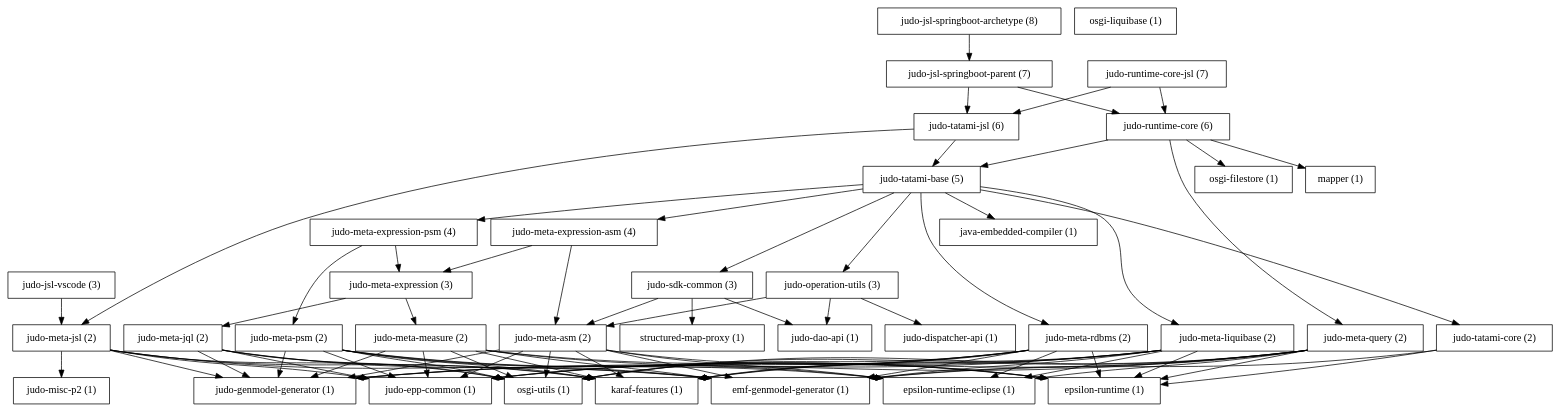
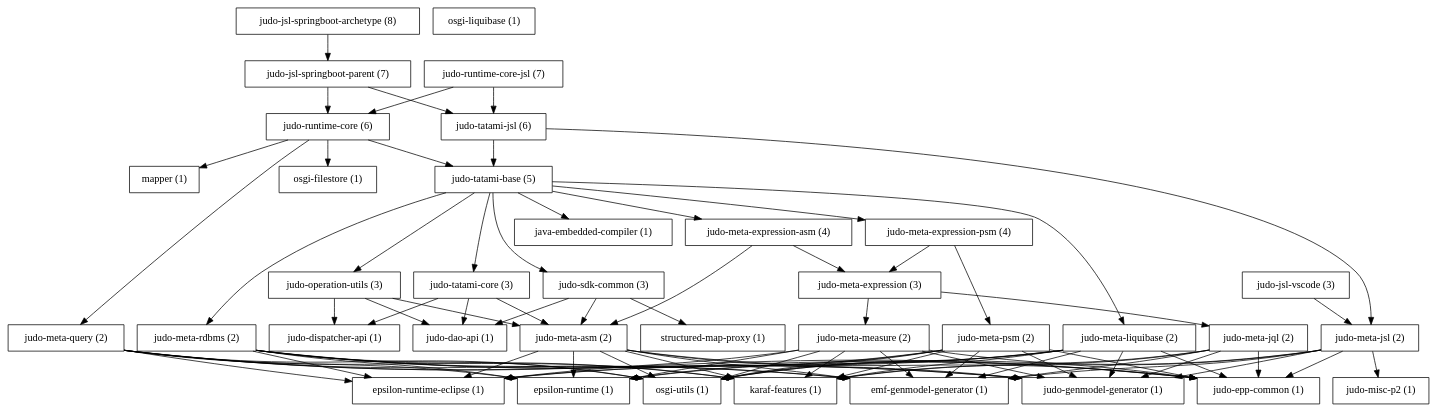
Before and after one commit to BlackBeltTechnology/judo-community: the diagram in dependency.dot, drawn with Graphviz. The commit also changed 4 other files, not shown here.

```diff
--- a/dependency.dot
+++ b/dependency.dot
@@ -1,125 +1,126 @@
 strict digraph  {
 "epsilon-runtime (1)" [label="epsilon-runtime (1)", shape=box];
 "epsilon-runtime-eclipse (1)" [label="epsilon-runtime-eclipse (1)", shape=box];
 "emf-genmodel-generator (1)" [label="emf-genmodel-generator (1)", shape=box];
 "judo-genmodel-generator (1)" [label="judo-genmodel-generator (1)", shape=box];
 "judo-epp-common (1)" [label="judo-epp-common (1)", shape=box];
 "osgi-utils (1)" [label="osgi-utils (1)", shape=box];
 "java-embedded-compiler (1)" [label="java-embedded-compiler (1)", shape=box];
 "structured-map-proxy (1)" [label="structured-map-proxy (1)", shape=box];
 "karaf-features (1)" [label="karaf-features (1)", shape=box];
 "mapper (1)" [label="mapper (1)", shape=box];
 "osgi-liquibase (1)" [label="osgi-liquibase (1)", shape=box];
 "osgi-filestore (1)" [label="osgi-filestore (1)", shape=box];
 "judo-misc-p2 (1)" [label="judo-misc-p2 (1)", shape=box];
 "judo-dao-api (1)" [label="judo-dao-api (1)", shape=box];
 "judo-dispatcher-api (1)" [label="judo-dispatcher-api (1)", shape=box];
 "judo-jsl-vscode (3)" [label="judo-jsl-vscode (3)", shape=box];
 "judo-meta-asm (2)" [label="judo-meta-asm (2)", shape=box];
 "judo-meta-expression (3)" [label="judo-meta-expression (3)", shape=box];
 "judo-meta-expression-asm (4)" [label="judo-meta-expression-asm (4)", shape=box];
 "judo-meta-expression-psm (4)" [label="judo-meta-expression-psm (4)", shape=box];
 "judo-meta-jql (2)" [label="judo-meta-jql (2)", shape=box];
 "judo-meta-jsl (2)" [label="judo-meta-jsl (2)", shape=box];
 "judo-meta-liquibase (2)" [label="judo-meta-liquibase (2)", shape=box];
 "judo-meta-measure (2)" [label="judo-meta-measure (2)", shape=box];
 "judo-meta-psm (2)" [label="judo-meta-psm (2)", shape=box];
 "judo-meta-query (2)" [label="judo-meta-query (2)", shape=box];
 "judo-meta-rdbms (2)" [label="judo-meta-rdbms (2)", shape=box];
 "judo-operation-utils (3)" [label="judo-operation-utils (3)", shape=box];
 "judo-runtime-core (6)" [label="judo-runtime-core (6)", shape=box];
 "judo-runtime-core-jsl (7)" [label="judo-runtime-core-jsl (7)", shape=box];
 "judo-sdk-common (3)" [label="judo-sdk-common (3)", shape=box];
 "judo-tatami-base (5)" [label="judo-tatami-base (5)", shape=box];
-"judo-tatami-core (2)" [label="judo-tatami-core (2)", shape=box];
+"judo-tatami-core (3)" [label="judo-tatami-core (3)", shape=box];
 "judo-tatami-jsl (6)" [label="judo-tatami-jsl (6)", shape=box];
 "judo-jsl-springboot-parent (7)" [label="judo-jsl-springboot-parent (7)", shape=box];
 "judo-jsl-springboot-archetype (8)" [label="judo-jsl-springboot-archetype (8)", shape=box];
 "judo-jsl-vscode (3)" -> "judo-meta-jsl (2)";
 "judo-meta-asm (2)" -> "emf-genmodel-generator (1)";
 "judo-meta-asm (2)" -> "karaf-features (1)";
+"judo-meta-asm (2)" -> "osgi-utils (1)";
 "judo-meta-asm (2)" -> "judo-genmodel-generator (1)";
-"judo-meta-asm (2)" -> "osgi-utils (1)";
 "judo-meta-asm (2)" -> "epsilon-runtime (1)";
 "judo-meta-asm (2)" -> "judo-epp-common (1)";
 "judo-meta-asm (2)" -> "epsilon-runtime-eclipse (1)";
 "judo-meta-expression (3)" -> "judo-meta-measure (2)";
 "judo-meta-expression (3)" -> "judo-meta-jql (2)";
 "judo-meta-expression-asm (4)" -> "judo-meta-expression (3)";
 "judo-meta-expression-asm (4)" -> "judo-meta-asm (2)";
 "judo-meta-expression-psm (4)" -> "judo-meta-psm (2)";
 "judo-meta-expression-psm (4)" -> "judo-meta-expression (3)";
 "judo-meta-jql (2)" -> "emf-genmodel-generator (1)";
 "judo-meta-jql (2)" -> "karaf-features (1)";
 "judo-meta-jql (2)" -> "judo-genmodel-generator (1)";
 "judo-meta-jql (2)" -> "judo-epp-common (1)";
 "judo-meta-jql (2)" -> "osgi-utils (1)";
 "judo-meta-jsl (2)" -> "emf-genmodel-generator (1)";
 "judo-meta-jsl (2)" -> "karaf-features (1)";
 "judo-meta-jsl (2)" -> "judo-misc-p2 (1)";
 "judo-meta-jsl (2)" -> "judo-genmodel-generator (1)";
 "judo-meta-jsl (2)" -> "judo-epp-common (1)";
 "judo-meta-jsl (2)" -> "osgi-utils (1)";
 "judo-meta-liquibase (2)" -> "emf-genmodel-generator (1)";
 "judo-meta-liquibase (2)" -> "karaf-features (1)";
+"judo-meta-liquibase (2)" -> "osgi-utils (1)";
 "judo-meta-liquibase (2)" -> "judo-genmodel-generator (1)";
-"judo-meta-liquibase (2)" -> "osgi-utils (1)";
 "judo-meta-liquibase (2)" -> "epsilon-runtime (1)";
 "judo-meta-liquibase (2)" -> "judo-epp-common (1)";
 "judo-meta-liquibase (2)" -> "epsilon-runtime-eclipse (1)";
 "judo-meta-measure (2)" -> "emf-genmodel-generator (1)";
 "judo-meta-measure (2)" -> "karaf-features (1)";
+"judo-meta-measure (2)" -> "osgi-utils (1)";
 "judo-meta-measure (2)" -> "judo-genmodel-generator (1)";
-"judo-meta-measure (2)" -> "osgi-utils (1)";
 "judo-meta-measure (2)" -> "epsilon-runtime (1)";
 "judo-meta-measure (2)" -> "judo-epp-common (1)";
 "judo-meta-measure (2)" -> "epsilon-runtime-eclipse (1)";
 "judo-meta-psm (2)" -> "emf-genmodel-generator (1)";
 "judo-meta-psm (2)" -> "karaf-features (1)";
+"judo-meta-psm (2)" -> "osgi-utils (1)";
 "judo-meta-psm (2)" -> "judo-genmodel-generator (1)";
-"judo-meta-psm (2)" -> "osgi-utils (1)";
 "judo-meta-psm (2)" -> "epsilon-runtime (1)";
 "judo-meta-psm (2)" -> "judo-epp-common (1)";
 "judo-meta-psm (2)" -> "epsilon-runtime-eclipse (1)";
 "judo-meta-query (2)" -> "emf-genmodel-generator (1)";
 "judo-meta-query (2)" -> "karaf-features (1)";
+"judo-meta-query (2)" -> "osgi-utils (1)";
 "judo-meta-query (2)" -> "judo-genmodel-generator (1)";
-"judo-meta-query (2)" -> "osgi-utils (1)";
 "judo-meta-query (2)" -> "epsilon-runtime (1)";
 "judo-meta-query (2)" -> "judo-epp-common (1)";
 "judo-meta-query (2)" -> "epsilon-runtime-eclipse (1)";
 "judo-meta-rdbms (2)" -> "emf-genmodel-generator (1)";
 "judo-meta-rdbms (2)" -> "karaf-features (1)";
+"judo-meta-rdbms (2)" -> "osgi-utils (1)";
 "judo-meta-rdbms (2)" -> "judo-genmodel-generator (1)";
-"judo-meta-rdbms (2)" -> "osgi-utils (1)";
 "judo-meta-rdbms (2)" -> "epsilon-runtime (1)";
 "judo-meta-rdbms (2)" -> "judo-epp-common (1)";
 "judo-meta-rdbms (2)" -> "epsilon-runtime-eclipse (1)";
 "judo-operation-utils (3)" -> "judo-dispatcher-api (1)";
 "judo-operation-utils (3)" -> "judo-meta-asm (2)";
 "judo-operation-utils (3)" -> "judo-dao-api (1)";
 "judo-runtime-core (6)" -> "judo-tatami-base (5)";
 "judo-runtime-core (6)" -> "mapper (1)";
 "judo-runtime-core (6)" -> "judo-meta-query (2)";
 "judo-runtime-core (6)" -> "osgi-filestore (1)";
 "judo-runtime-core-jsl (7)" -> "judo-tatami-jsl (6)";
 "judo-runtime-core-jsl (7)" -> "judo-runtime-core (6)";
 "judo-sdk-common (3)" -> "judo-meta-asm (2)";
 "judo-sdk-common (3)" -> "judo-dao-api (1)";
 "judo-sdk-common (3)" -> "structured-map-proxy (1)";
 "judo-tatami-base (5)" -> "judo-meta-liquibase (2)";
-"judo-tatami-base (5)" -> "judo-tatami-core (2)";
+"judo-tatami-base (5)" -> "judo-tatami-core (3)";
 "judo-tatami-base (5)" -> "judo-meta-rdbms (2)";
 "judo-tatami-base (5)" -> "judo-sdk-common (3)";
 "judo-tatami-base (5)" -> "java-embedded-compiler (1)";
 "judo-tatami-base (5)" -> "judo-meta-expression-psm (4)";
 "judo-tatami-base (5)" -> "judo-meta-expression-asm (4)";
 "judo-tatami-base (5)" -> "judo-operation-utils (3)";
-"judo-tatami-core (2)" -> "emf-genmodel-generator (1)";
-"judo-tatami-core (2)" -> "epsilon-runtime (1)";
+"judo-tatami-core (3)" -> "judo-dao-api (1)";
+"judo-tatami-core (3)" -> "judo-dispatcher-api (1)";
+"judo-tatami-core (3)" -> "judo-meta-asm (2)";
 "judo-tatami-jsl (6)" -> "judo-tatami-base (5)";
 "judo-tatami-jsl (6)" -> "judo-meta-jsl (2)";
 "judo-jsl-springboot-parent (7)" -> "judo-tatami-jsl (6)";
 "judo-jsl-springboot-parent (7)" -> "judo-runtime-core (6)";
 "judo-jsl-springboot-archetype (8)" -> "judo-jsl-springboot-parent (7)";
 }
```
